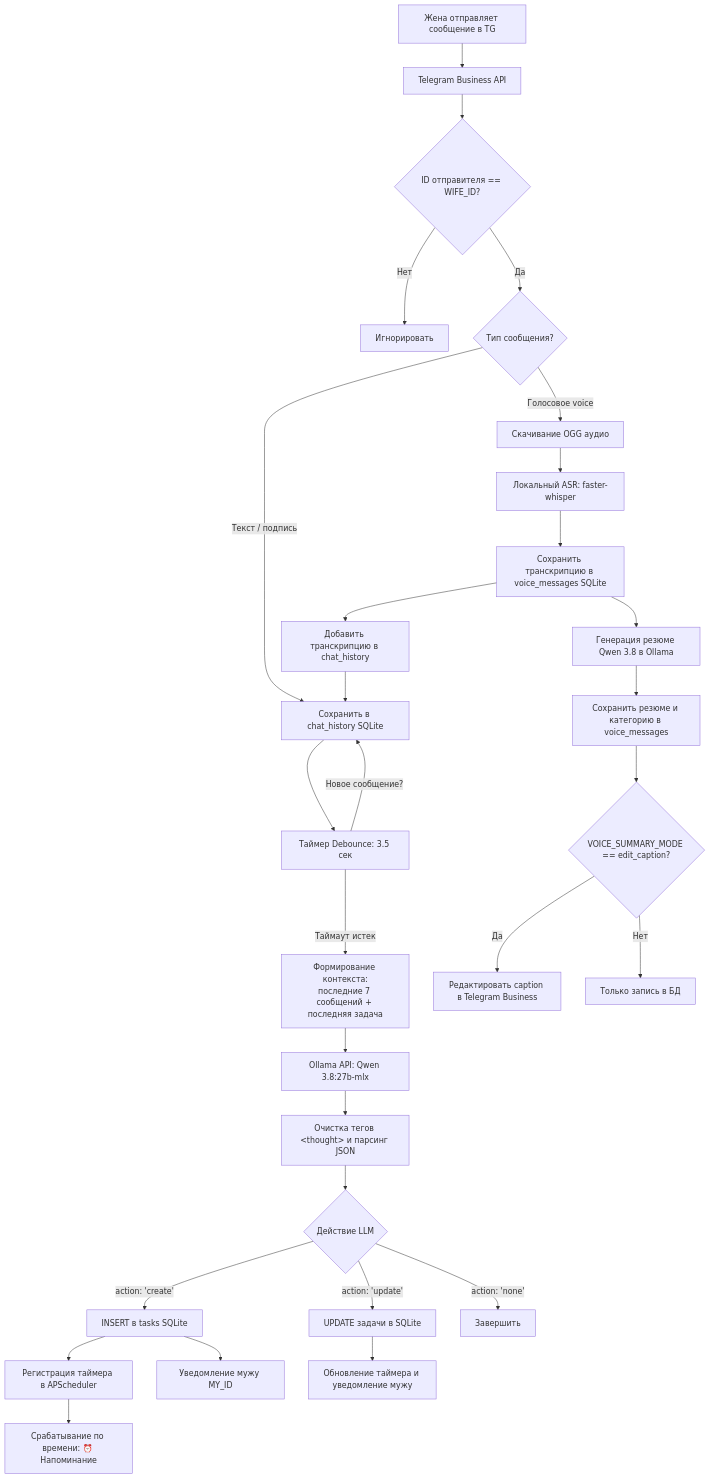
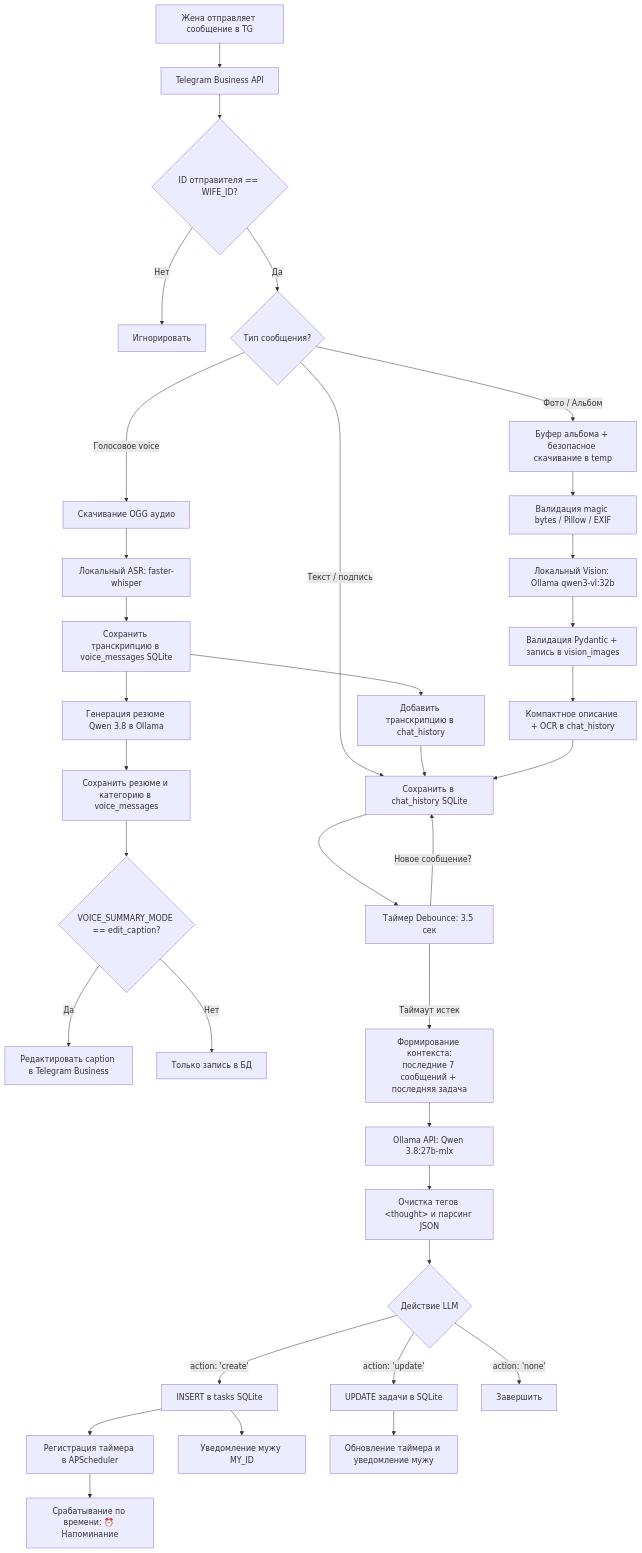
One commit to khaliullov/PersonalFamilyTasksBot changed the diagram in README.md. Above: the diagram before and after it, drawn with Mermaid. The commit also changed other lines of this file and 19 other files, not shown here.

````diff
--- a/README.md
+++ b/README.md
@@ -87,36 +94,43 @@
 ```mermaid
 flowchart TD
     A[Жена отправляет сообщение в TG] --> B[Telegram Business API]
     B --> C{ID отправителя == WIFE_ID?}
     C -- Нет --> D[Игнорировать]
     C -- Да --> E{Тип сообщения?}
     
     E -- Текст / подпись --> F[Сохранить в chat_history SQLite]
     
     E -- Голосовое voice --> G[Скачивание OGG аудио]
     G --> H[Локальный ASR: faster-whisper]
     H --> I[Сохранить транскрипцию в voice_messages SQLite]
     
     I --> J[Добавить транскрипцию в chat_history]
     J --> F
+
+    E -- Фото / Альбом --> V1[Буфер альбома + безопасное скачивание в temp]
+    V1 --> V2[Валидация magic bytes / Pillow / EXIF]
+    V2 --> V3[Локальный Vision: Ollama qwen3-vl:32b]
+    V3 --> V4[Валидация Pydantic + запись в vision_images]
+    V4 --> V5[Компактное описание + OCR в chat_history]
+    V5 --> F
     
     I --> K[Генерация резюме Qwen 3.8 в Ollama]
     K --> L[Сохранить резюме и категорию в voice_messages]
     L --> M{VOICE_SUMMARY_MODE == edit_caption?}
     M -- Да --> N[Редактировать caption в Telegram Business]
     M -- Нет --> O[Только запись в БД]
 
     F --> P[Таймер Debounce: 3.5 сек]
     P -- Новое сообщение? --> F
     P -- Таймаут истек --> Q[Формирование контекста:\nпоследние 7 сообщений + последняя задача]
     Q --> R[Ollama API: Qwen 3.8:27b-mlx]
     R --> S[Очистка тегов &lt;thought&gt; и парсинг JSON]
     S --> T{Действие LLM}
     T -- action: 'create' --> U[INSERT в tasks SQLite]
     T -- action: 'update' --> V[UPDATE задачи в SQLite]
     T -- action: 'none' --> W[Завершить]
     U --> X[Регистрация таймера в APScheduler]
     U --> Y[Уведомление мужу MY_ID]
     V --> Z[Обновление таймера и уведомление мужу]
     X --> AA[Срабатывание по времени: ⏰ Напоминание]
 ```
````
